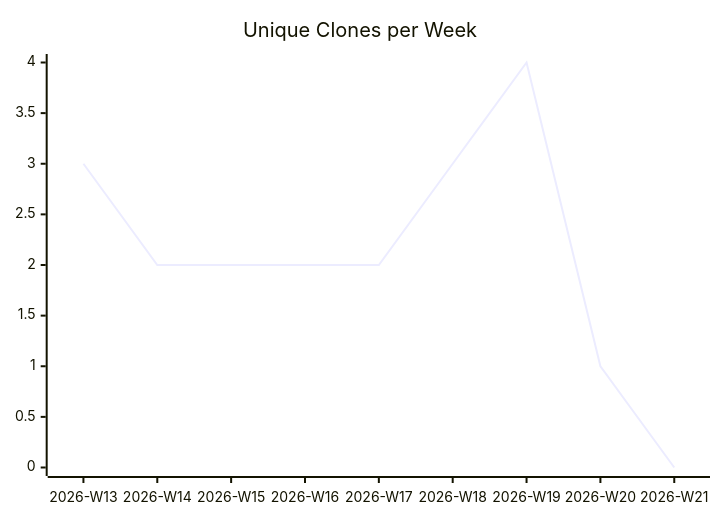
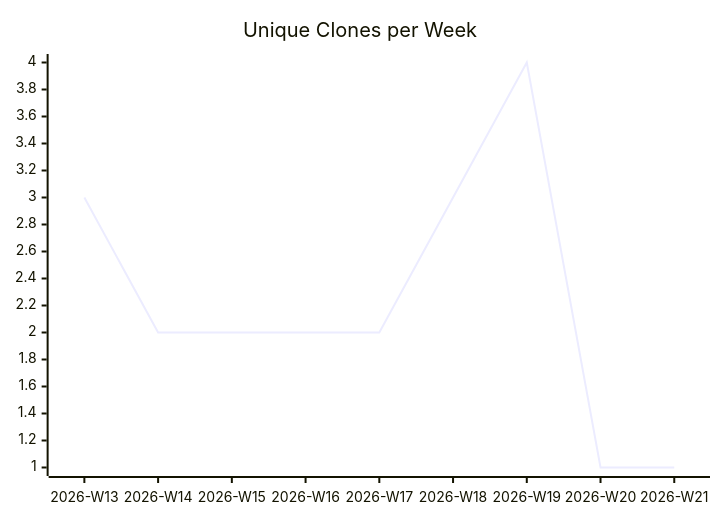
The third of 3 diagrams in karlmdavis/can-i-kayak-baltimore/README.md (justdavis-family/github-analytics-data), drawn with Mermaid before and after one commit. The commit also changed other lines of this file and 189 other files, not shown here.

````diff
--- a/karlmdavis/can-i-kayak-baltimore/README.md
+++ b/karlmdavis/can-i-kayak-baltimore/README.md
@@ -19,6 +19,6 @@
 ```mermaid
 xychart-beta
   title "Unique Clones per Week"
   x-axis ["2026-W13", "2026-W14", "2026-W15", "2026-W16", "2026-W17", "2026-W18", "2026-W19", "2026-W20", "2026-W21"]
-  line [3, 2, 2, 2, 2, 3, 4, 1, 0]
+  line [3, 2, 2, 2, 2, 3, 4, 1, 1]
 ```
````
